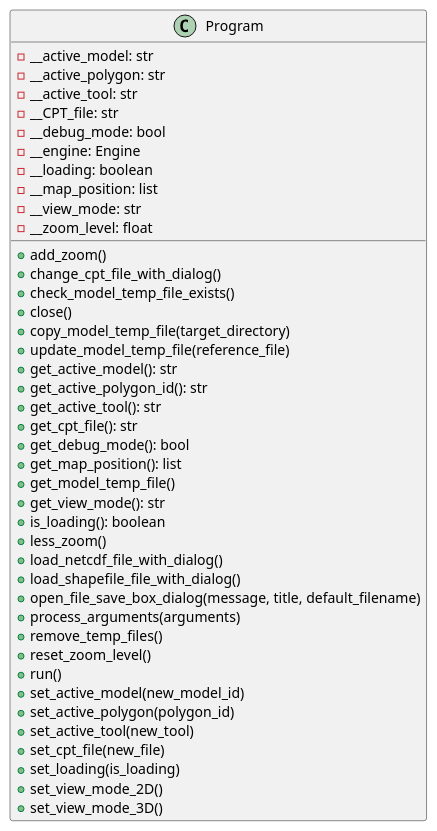
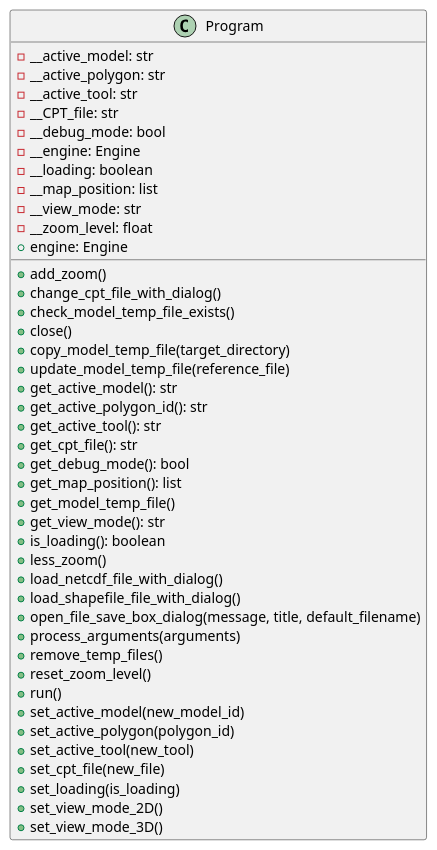
One commit to ferpoble2/Relief_Creator changed the diagram in docs/classes/Program.puml. Above: the diagram before and after it, drawn with PlantUML. The commit also changed 6 other files, not shown here.

```diff
--- a/docs/classes/Program.puml
+++ b/docs/classes/Program.puml
@@ -1,45 +1,46 @@
 @startuml
 class Program {
     - __active_model: str
     - __active_polygon: str
     - __active_tool: str
     - __CPT_file: str
     - __debug_mode: bool
     - __engine: Engine
     - __loading: boolean
     - __map_position: list
     - __view_mode: str
     - __zoom_level: float
+    + engine: Engine
 
     + add_zoom()
     + change_cpt_file_with_dialog()
     + check_model_temp_file_exists()
     + close()
     + copy_model_temp_file(target_directory)
     + update_model_temp_file(reference_file)
     + get_active_model(): str
     + get_active_polygon_id(): str
     + get_active_tool(): str
     + get_cpt_file(): str
     + get_debug_mode(): bool
     + get_map_position(): list
     + get_model_temp_file()
     + get_view_mode(): str
     + is_loading(): boolean
     + less_zoom()
     + load_netcdf_file_with_dialog()
     + load_shapefile_file_with_dialog()
     + open_file_save_box_dialog(message, title, default_filename)
     + process_arguments(arguments)
     + remove_temp_files()
     + reset_zoom_level()
     + run()
     + set_active_model(new_model_id)
     + set_active_polygon(polygon_id)
     + set_active_tool(new_tool)
     + set_cpt_file(new_file)
     + set_loading(is_loading)
     + set_view_mode_2D()
     + set_view_mode_3D()
 }
 @enduml
```
